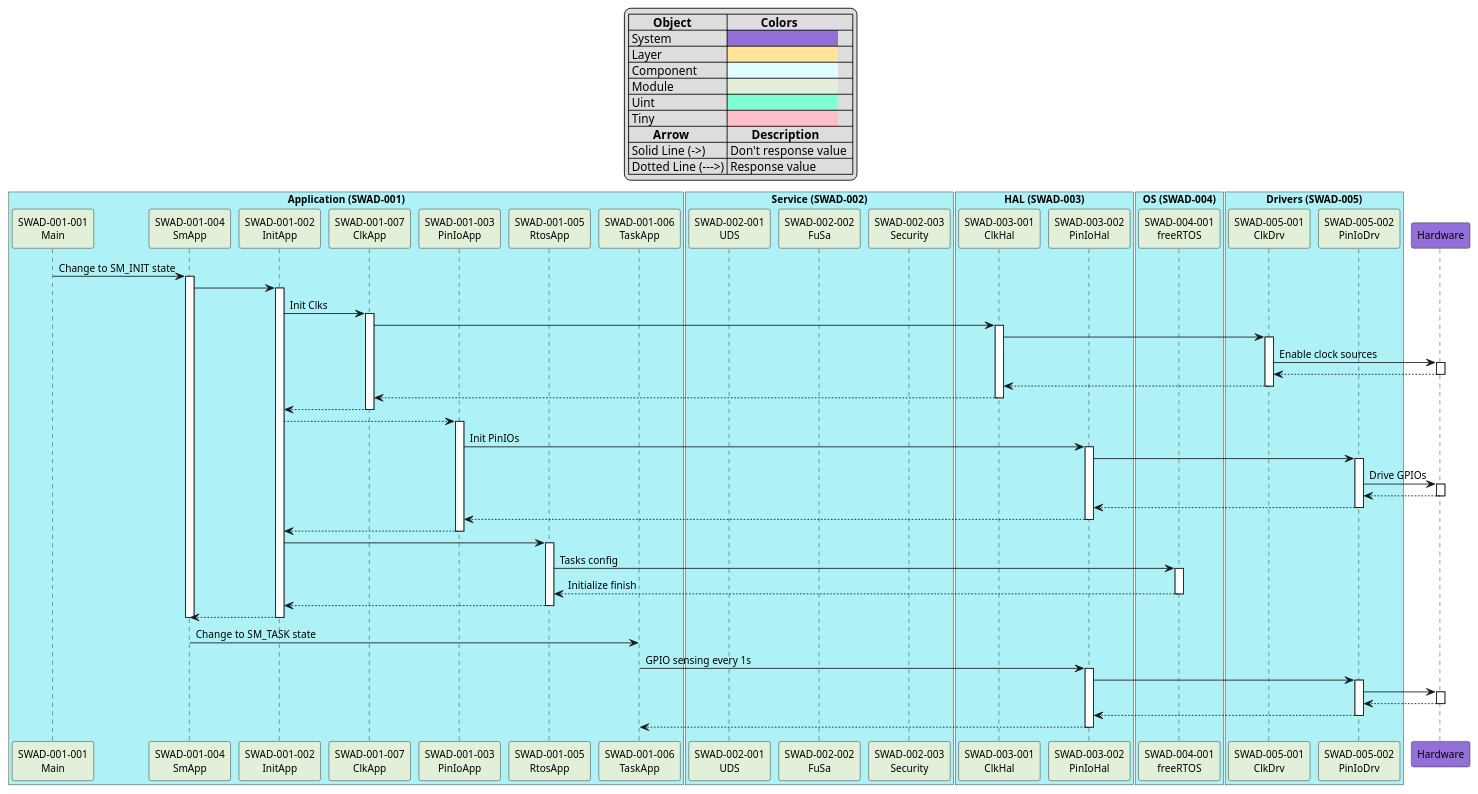
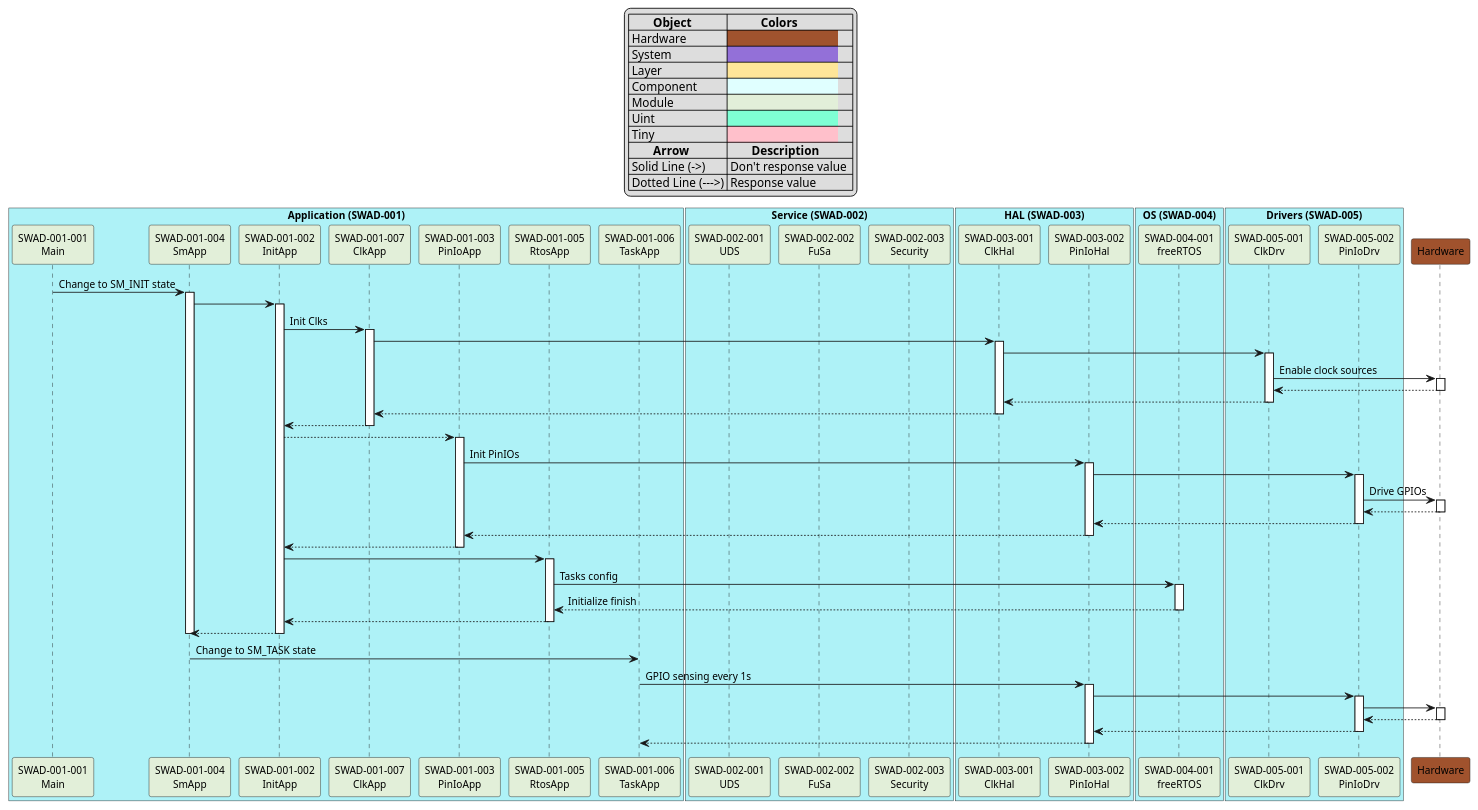
Before and after one commit to FdsLu/SwSeq: the diagram in Dynamic_Software_Architecture.plantuml, drawn with PlantUML. The commit also changed 1 other file, not shown here.

Commit message:
[Modify] Adjust Hardware Color [Modify] 1. Adjust Hardware component color

```diff
--- a/Dynamic_Software_Architecture.plantuml
+++ b/Dynamic_Software_Architecture.plantuml
@@ -10,122 +10,123 @@
 @startuml
 '----- Table Description ----
 'Object Colors Setting
 skinparam defaultFontName Arial
 skinparam defaultFontSize 12
 legend top
 |=        Object  |=           Colors  |
+| Hardware  |<back:sienna>                                    |
 | System  |<back:mediumpurple>                                    |
 | Layer  |<back:#FEE599>                                    |
 | Component |<back:#lightcyan>                                    |
 | Module |<back:#E2EFD9>                                    |
 | Uint |<back:#aquamarine>                                    |
 | Tiny |<back:#pink>                                    |
 'Arrow Function
 |=        Arrow |=        Description |
 | Solid Line (->) | Don't response value  |
 | Dotted Line (--->) | Response value |
 endlegend
 
 '---- Define "Application" component and colors ----
 box "Application (SWAD-001)" #aef2f7
 participant "SWAD-001-001\nMain" as Main #E2EFD9
 participant "SWAD-001-004\nSmApp" as SmApp #E2EFD9
 participant "SWAD-001-002\nInitApp" as InitApp #E2EFD9
 participant "SWAD-001-007\nClkApp" as ClkApp #E2EFD9
 participant "SWAD-001-003\nPinIoApp" as PinIoApp #E2EFD9
 participant "SWAD-001-005\nRtosApp" as RtosApp #E2EFD9
 participant "SWAD-001-006\nTaskApp" as TaskApp #E2EFD9
 end box
 
 '---- Define "Service" component--------------------
 box "Service (SWAD-002)" #aef2f7
 participant "SWAD-002-001\nUDS" as UDS #E2EFD9
 participant "SWAD-002-002\nFuSa" as FuSa #E2EFD9
 participant "SWAD-002-003\nSecurity" as Security #E2EFD9
 end box
 
 '---- Define "HAL" component -----------------------
 box "HAL (SWAD-003)" #aef2f7
 participant "SWAD-003-001\nClkHal" as ClkHal #E2EFD9
 participant "SWAD-003-002\nPinIoHal" as PinIoHal #E2EFD9
 end box
 
 '---- Define "OS" component ------------------------
 box "OS (SWAD-004)" #aef2f7
 participant "SWAD-004-001\nfreeRTOS" as freeRTOS #E2EFD9
 end box
 
 '---- Define "Drivers" component -------------------
 box "Drivers (SWAD-005)" #aef2f7
 participant "SWAD-005-001\nClkDrv" as ClkDrv #E2EFD9
 participant "SWAD-005-002\nPinIoDrv" as PinIoDrv #E2EFD9
 end box
 
 '---- Define "Hardware" layer ----------------------
-participant Hardware #mediumpurple
+participant Hardware #sienna
 
 '---- Plan modules sequence-------------------------
 Main -> SmApp: Change to SM_INIT state
 activate SmApp
 SmApp -> InitApp
 activate InitApp
 InitApp -> ClkApp: Init Clks
 activate ClkApp
 ClkApp -> ClkHal
 activate ClkHal
 ClkHal -> ClkDrv
 activate  ClkDrv
 ClkDrv -> Hardware: Enable clock sources
 activate Hardware
 Hardware --> ClkDrv
 deactivate Hardware
 ClkDrv --> ClkHal
 deactivate ClkDrv 
 ClkHal --> ClkApp
 deactivate ClkHal 
 ClkApp --> InitApp
 deactivate ClkApp 
 InitApp -->PinIoApp 
 activate PinIoApp 
 PinIoApp -> PinIoHal: Init PinIOs
 activate PinIoHal
 PinIoHal -> PinIoDrv
 activate PinIoDrv
 PinIoDrv -> Hardware: Drive GPIOs
 activate Hardware
 Hardware --> PinIoDrv 
 deactivate Hardware
 PinIoDrv --> PinIoHal
 deactivate PinIoDrv
 PinIoHal --> PinIoApp
 deactivate PinIoHal
 PinIoApp --> InitApp
 deactivate PinIoApp 
 InitApp -> RtosApp
 activate  RtosApp
 RtosApp -> freeRTOS: Tasks config
 activate freeRTOS
 freeRTOS --> RtosApp: Initialize finish
 deactivate freeRTOS
 RtosApp --> InitApp
 deactivate RtosApp
 
 InitApp --> SmApp
 deactivate InitApp
 deactivate SmApp
 SmApp -> TaskApp: Change to SM_TASK state
 
 TaskApp -> PinIoHal: GPIO sensing every 1s
 activate PinIoHal
 PinIoHal -> PinIoDrv
 activate PinIoDrv
 PinIoDrv -> Hardware
 activate Hardware
 Hardware --> PinIoDrv
 deactivate Hardware
 PinIoDrv --> PinIoHal
 deactivate PinIoDrv
 PinIoHal --> TaskApp 
 deactivate PinIoHal
 '---------------------------------------------------
 @enduml
```
